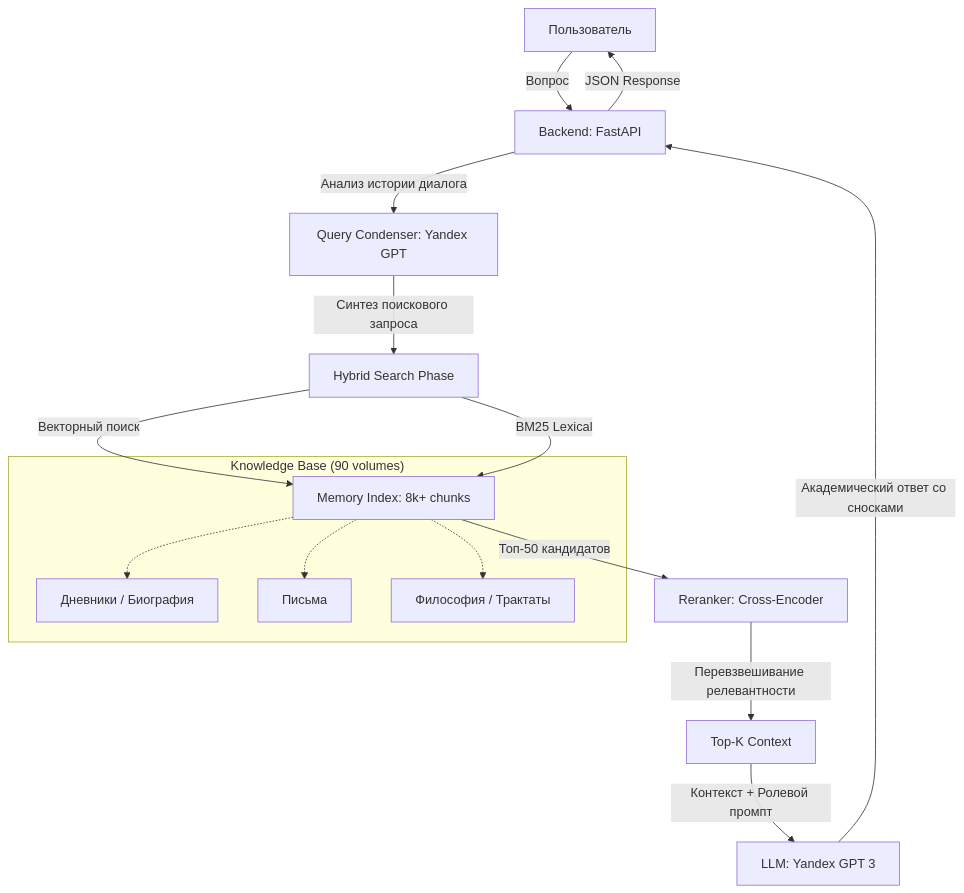
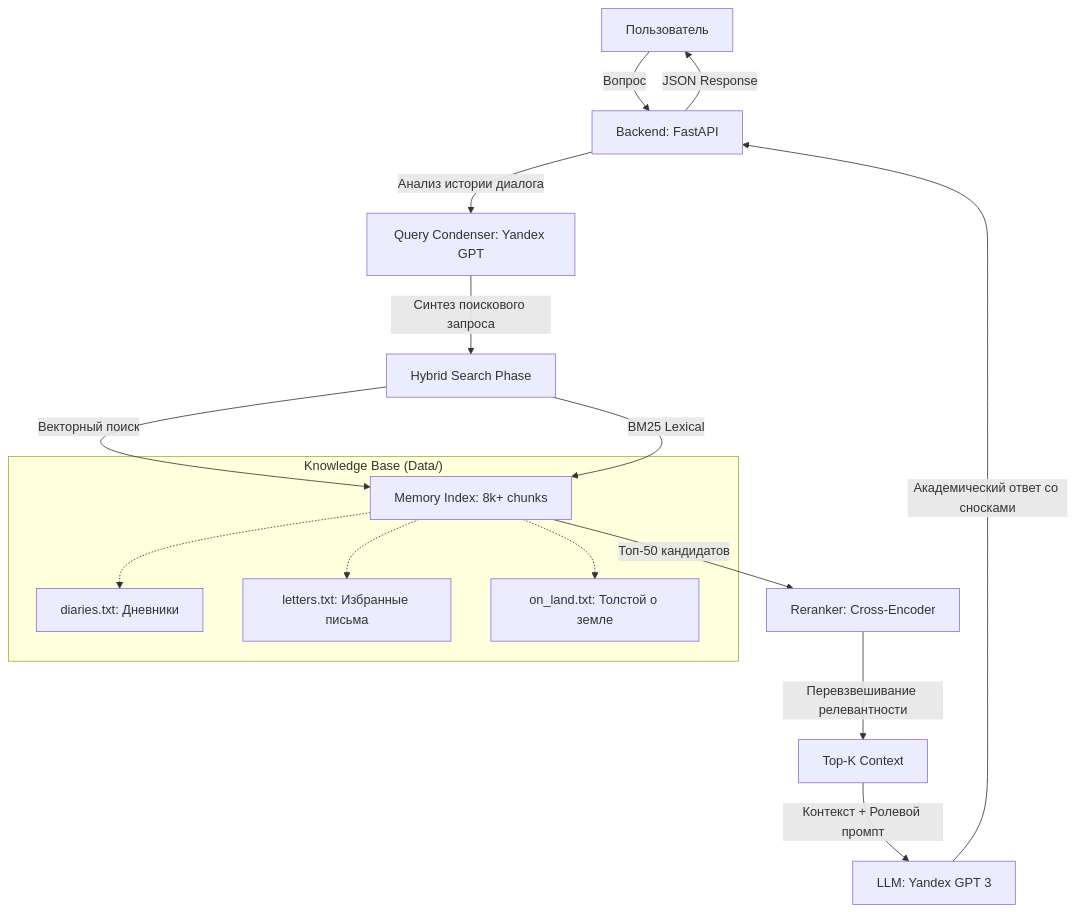
The diagram in README.md (vsanyanov-ux/talk-to-tolstoy-avatar), drawn with Mermaid before and after one commit. The commit also changed other lines of this file, not shown here.

Commit message:
README update: specified 3 core documents in Knowledge Base

````diff
--- a/README.md
+++ b/README.md
@@ -11,19 +11,19 @@
 ```mermaid
 graph TD
     A[Пользователь] -->|Вопрос| B[Backend: FastAPI]
     B -->|Анализ истории диалога| C[Query Condenser: Yandex GPT]
     C -->|Синтез поискового запроса| D[Hybrid Search Phase]
     D -->|Векторный поиск| E[Memory Index: 8k+ chunks]
     D -->|BM25 Lexical| E
     E -->|Топ-50 кандидатов| F[Reranker: Cross-Encoder]
     F -->|Перевзвешивание релевантности| G[Top-K Context]
     G -->|Контекст + Ролевой промпт| H[LLM: Yandex GPT 3]
     H -->|Академический ответ со сносками| B
     B -->|JSON Response| A
     
-    subgraph "Knowledge Base (90 volumes)"
-    E -.-> I[Дневники / Биография]
-    E -.-> J[Письма]
-    E -.-> K[Философия / Трактаты]
+    subgraph "Knowledge Base (Data/)"
+    E -.-> I[diaries.txt: Дневники]
+    E -.-> J[letters.txt: Избранные письма]
+    E -.-> K[on_land.txt: Толстой о земле]
     end
 ```
````
